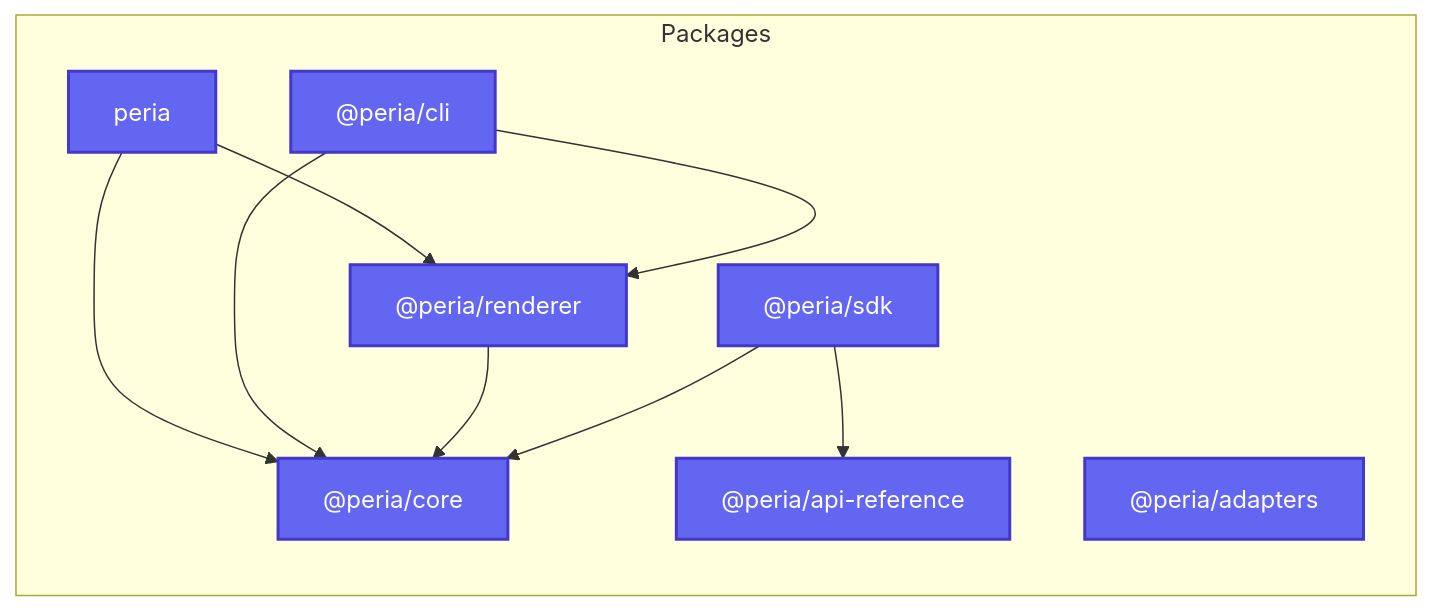
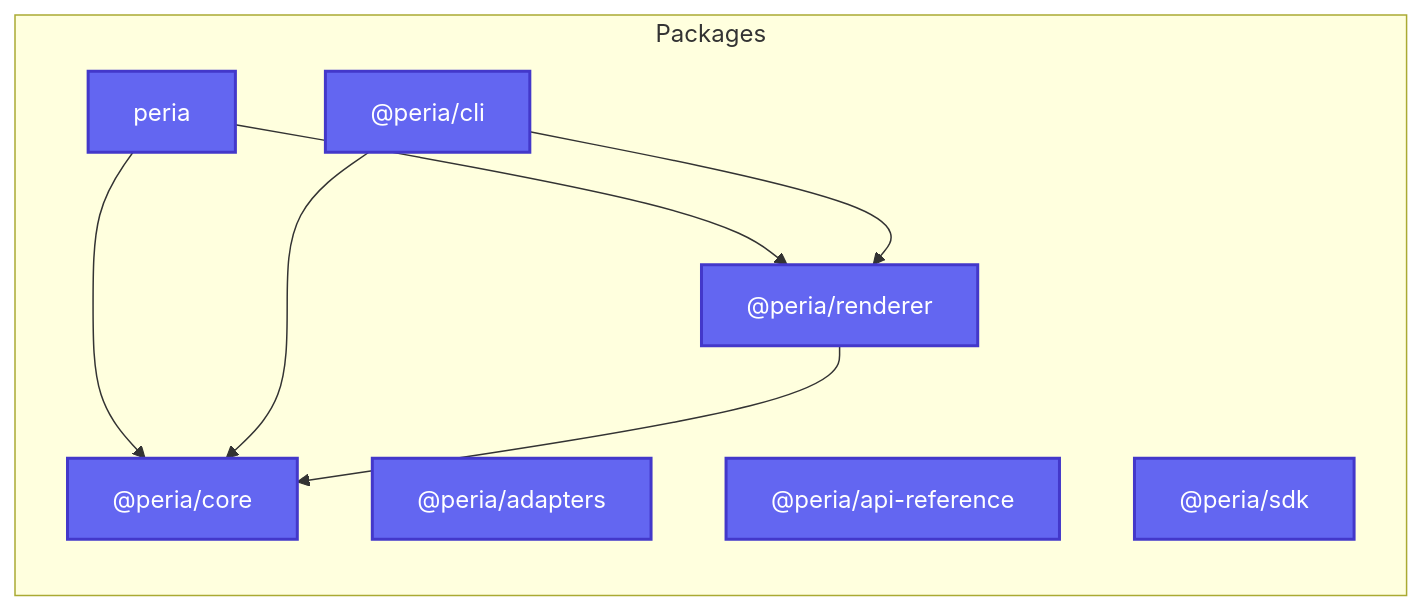
The second of 6 diagrams in docs/content/docs/diagrams.mdx (gabrigabs/peria), drawn with Mermaid before and after one commit. The commit also changed other lines of this file and 30 other files, not shown here.

````diff
--- a/docs/content/docs/diagrams.mdx
+++ b/docs/content/docs/diagrams.mdx
@@ -50,26 +50,24 @@
 ```mermaid
 graph LR
     subgraph "Packages"
         pkg_peria["peria"]
         style pkg_peria fill:#6366f1,stroke:#4338ca,stroke-width:2px,color:#fff
         pkg__peria_adapters["@peria/adapters"]
         style pkg__peria_adapters fill:#6366f1,stroke:#4338ca,stroke-width:2px,color:#fff
         pkg__peria_api_reference["@peria/api-reference"]
         style pkg__peria_api_reference fill:#6366f1,stroke:#4338ca,stroke-width:2px,color:#fff
         pkg__peria_cli["@peria/cli"]
         style pkg__peria_cli fill:#6366f1,stroke:#4338ca,stroke-width:2px,color:#fff
         pkg__peria_core["@peria/core"]
         style pkg__peria_core fill:#6366f1,stroke:#4338ca,stroke-width:2px,color:#fff
         pkg__peria_renderer["@peria/renderer"]
         style pkg__peria_renderer fill:#6366f1,stroke:#4338ca,stroke-width:2px,color:#fff
         pkg__peria_sdk["@peria/sdk"]
         style pkg__peria_sdk fill:#6366f1,stroke:#4338ca,stroke-width:2px,color:#fff
     end
     pkg_peria --> pkg__peria_core
     pkg_peria --> pkg__peria_renderer
     pkg__peria_cli --> pkg__peria_core
     pkg__peria_cli --> pkg__peria_renderer
     pkg__peria_renderer --> pkg__peria_core
-    pkg__peria_sdk --> pkg__peria_api_reference
-    pkg__peria_sdk --> pkg__peria_core
 ```
````
